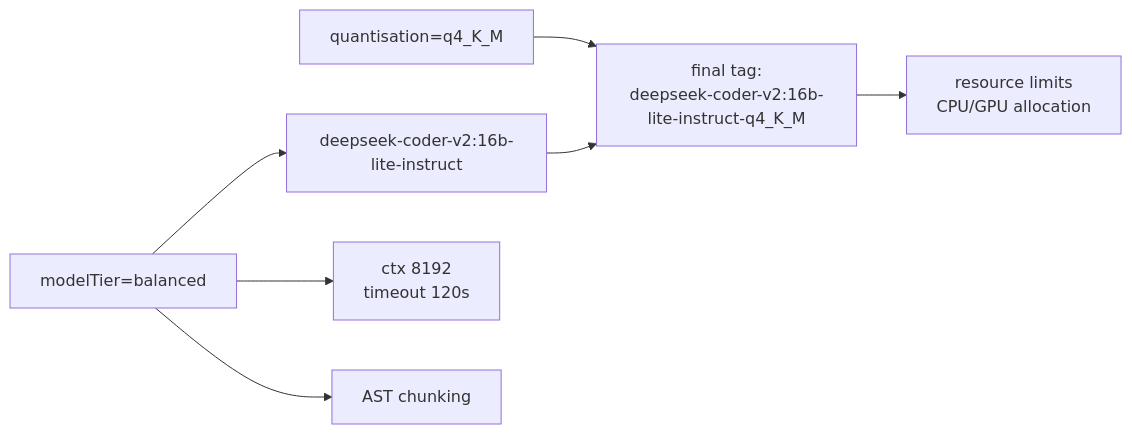
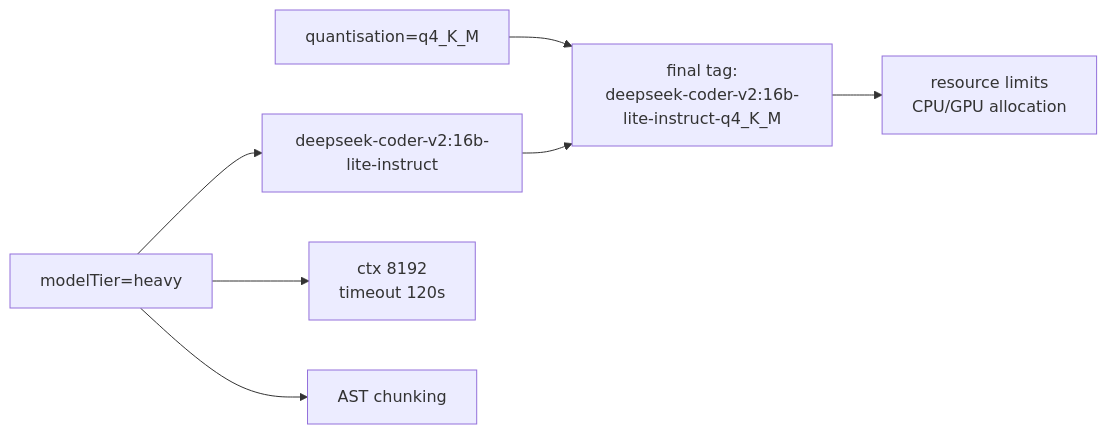
The first of 7 diagrams in ARCHITECTURE.md (Chrisys93/code-doc-assistant), drawn with Mermaid before and after one commit. The commit also changed other lines of this file and 29 other files, not shown here.

````diff
--- a/ARCHITECTURE.md
+++ b/ARCHITECTURE.md
@@ -67,9 +67,9 @@
 ```mermaid
 flowchart LR
-    MT["modelTier=balanced"] --> M["deepseek-coder-v2:16b-lite-instruct"]
+    MT["modelTier=heavy"] --> M["deepseek-coder-v2:16b-lite-instruct"]
     Q["quantisation=q4_K_M"] --> TAG["final tag:\ndeepseek-coder-v2:16b-lite-instruct-q4_K_M"]
     M --> TAG
     TAG --> RES["resource limits\nCPU/GPU allocation"]
     MT --> CTX["ctx 8192\ntimeout 120s"]
     MT --> CHUNK["AST chunking"]
 ```
````
